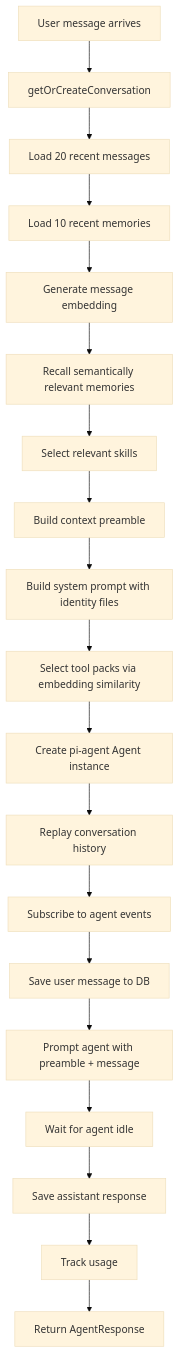
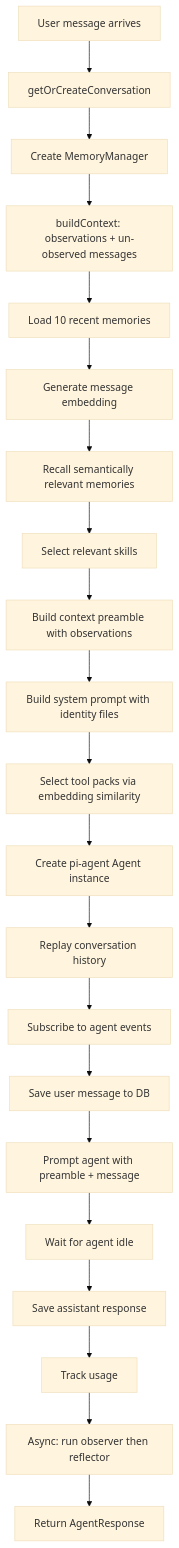
One commit to not-reed/sprawl changed the diagram in .docs/features/agent.md. Above: the diagram before and after it, drawn with Mermaid (base theme). The commit also changed other lines of this file and 4 other files, not shown here.

First line of the commit message:
Update documentation for memory system and database schema

````diff
--- a/.docs/features/agent.md
+++ b/.docs/features/agent.md
@@ -41,21 +42,23 @@
 ```mermaid
 flowchart TD
     A[User message arrives] --> B[getOrCreateConversation]
-    B --> C[Load 20 recent messages]
-    C --> D[Load 10 recent memories]
-    D --> E[Generate message embedding]
-    E --> F[Recall semantically relevant memories]
-    F --> G[Select relevant skills]
-    G --> H[Build context preamble]
-    H --> I[Build system prompt with identity files]
-    I --> J[Select tool packs via embedding similarity]
-    J --> K[Create pi-agent Agent instance]
-    K --> L[Replay conversation history]
-    L --> M[Subscribe to agent events]
-    M --> N[Save user message to DB]
-    N --> O[Prompt agent with preamble + message]
-    O --> P[Wait for agent idle]
-    P --> Q[Save assistant response]
-    Q --> R[Track usage]
-    R --> S[Return AgentResponse]
+    B --> C[Create MemoryManager]
+    C --> D[buildContext: observations + un-observed messages]
+    D --> E[Load 10 recent memories]
+    E --> F[Generate message embedding]
+    F --> G[Recall semantically relevant memories]
+    G --> H[Select relevant skills]
+    H --> I[Build context preamble with observations]
+    I --> J[Build system prompt with identity files]
+    J --> K[Select tool packs via embedding similarity]
+    K --> L[Create pi-agent Agent instance]
+    L --> M[Replay conversation history]
+    M --> N[Subscribe to agent events]
+    N --> O[Save user message to DB]
+    O --> P[Prompt agent with preamble + message]
+    P --> Q[Wait for agent idle]
+    Q --> R[Save assistant response]
+    R --> S[Track usage]
+    S --> T[Async: run observer then reflector]
+    T --> U[Return AgentResponse]
 ```
````
